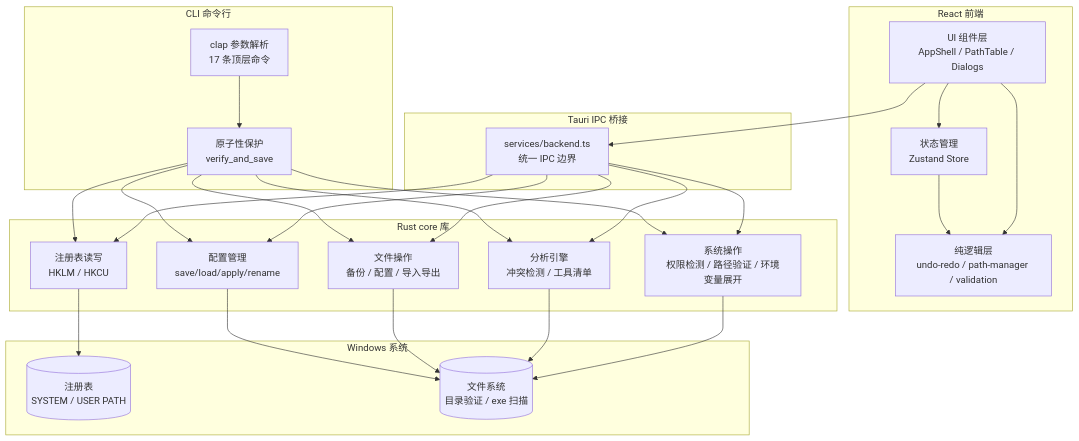
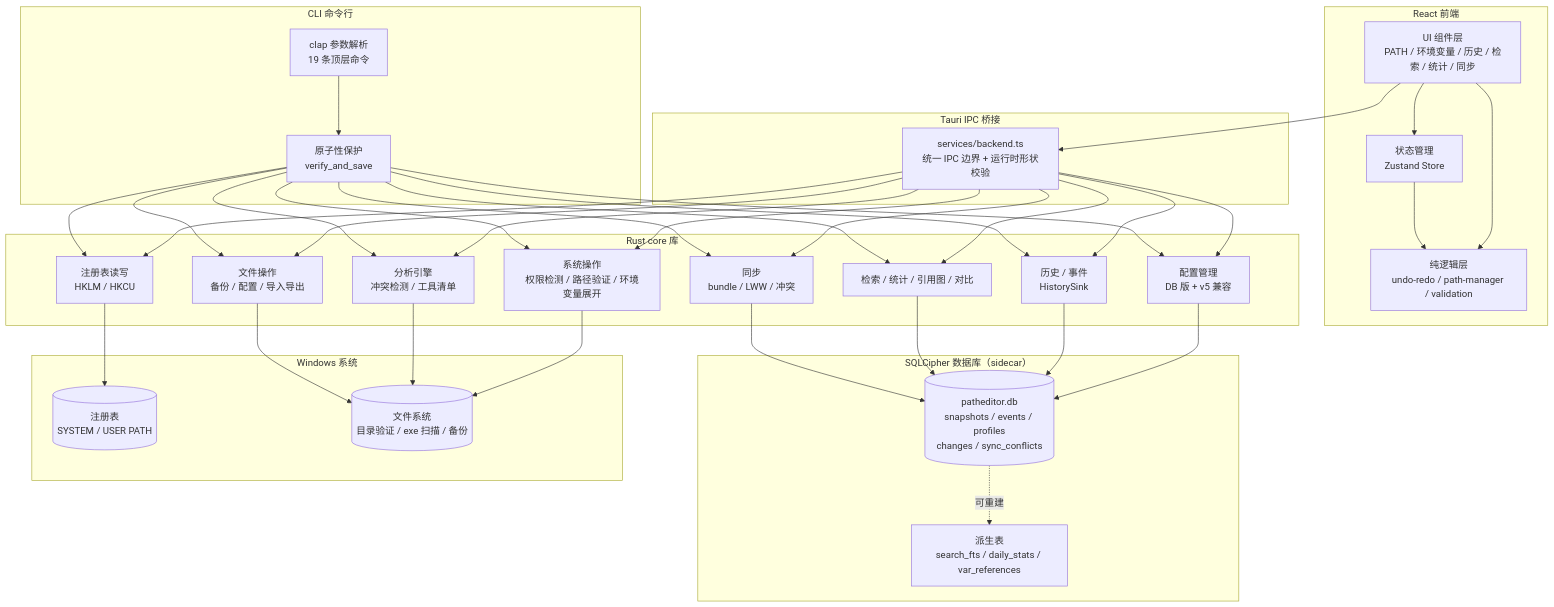
Before and after one commit to LHY0125/PathEditor: the first of 4 diagrams in README.md, drawn with Mermaid. The commit also changed other lines of this file and 8 other files, not shown here.

````diff
--- a/README.md
+++ b/README.md
@@ -48,51 +48,69 @@
 ```mermaid
 graph TB
     subgraph 前端["React 前端"]
-        UI[UI 组件层<br/>AppShell / PathTable / Dialogs]
+        UI[UI 组件层<br/>PATH / 环境变量 / 历史 / 检索 / 统计 / 同步]
         Store[状态管理<br/>Zustand Store]
         Core[纯逻辑层<br/>undo-redo / path-manager / validation]
         UI --> Store
         UI --> Core
         Store --> Core
     end
 
     subgraph CLI["CLI 命令行"]
-        Clap[clap 参数解析<br/>17 条顶层命令]
+        Clap[clap 参数解析<br/>19 条顶层命令]
         Atomic[原子性保护<br/>verify_and_save]
     end
 
     subgraph IPC["Tauri IPC 桥接"]
-        invoke[services/backend.ts<br/>统一 IPC 边界]
+        invoke[services/backend.ts<br/>统一 IPC 边界 + 运行时形状校验]
     end
 
     subgraph 后端["Rust core 库"]
         Registry[注册表读写<br/>HKLM / HKCU]
         System[系统操作<br/>权限检测 / 路径验证 / 环境变量展开]
         Files[文件操作<br/>备份 / 配置 / 导入导出]
         Scanner[分析引擎<br/>冲突检测 / 工具清单]
-        Profiles[配置管理<br/>save/load/apply/rename]
+        Profiles[配置管理<br/>DB 版 + v5 兼容]
+        History[历史 / 事件<br/>HistorySink]
+        Analytics[检索 / 统计 / 引用图 / 对比]
+        Sync[同步<br/>bundle / LWW / 冲突]
+    end
+
+    subgraph DB["SQLCipher 数据库（sidecar）"]
+        Main[("patheditor.db<br/>snapshots / events / profiles<br/>changes / sync_conflicts")]
+        Derived["派生表<br/>search_fts / daily_stats / var_references"]
     end
 
     subgraph Windows["Windows 系统"]
         Reg[(注册表<br/>SYSTEM / USER PATH)]
-        FS[(文件系统<br/>目录验证 / exe 扫描)]
+        FS[(文件系统<br/>目录验证 / exe 扫描 / 备份)]
     end
 
     UI --> invoke
     invoke --> Registry
     invoke --> System
     invoke --> Files
     invoke --> Scanner
     invoke --> Profiles
+    invoke --> History
+    invoke --> Analytics
+    invoke --> Sync
     Clap --> Atomic
     Atomic --> Registry
     Atomic --> System
     Atomic --> Files
     Atomic --> Scanner
     Atomic --> Profiles
+    Atomic --> History
+    Atomic --> Analytics
+    Atomic --> Sync
     Registry --> Reg
     System --> FS
     Scanner --> FS
     Files --> FS
-    Profiles --> FS
+    Profiles --> Main
+    History --> Main
+    Analytics --> Main
+    Sync --> Main
+    Main -.可重建.-> Derived
 ```
````
